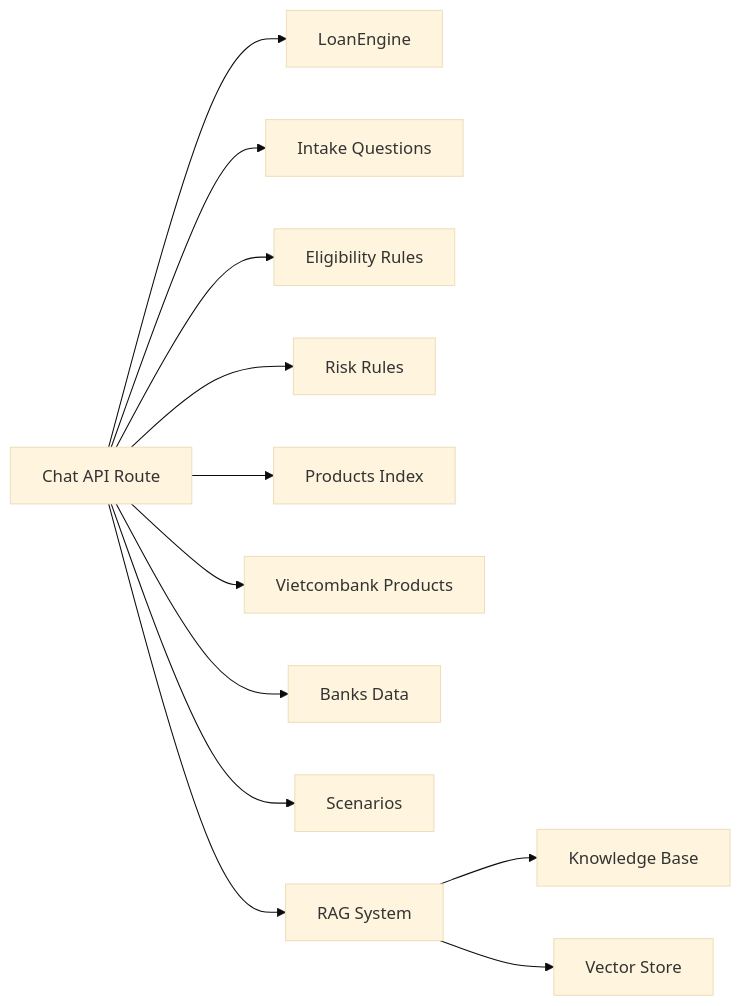
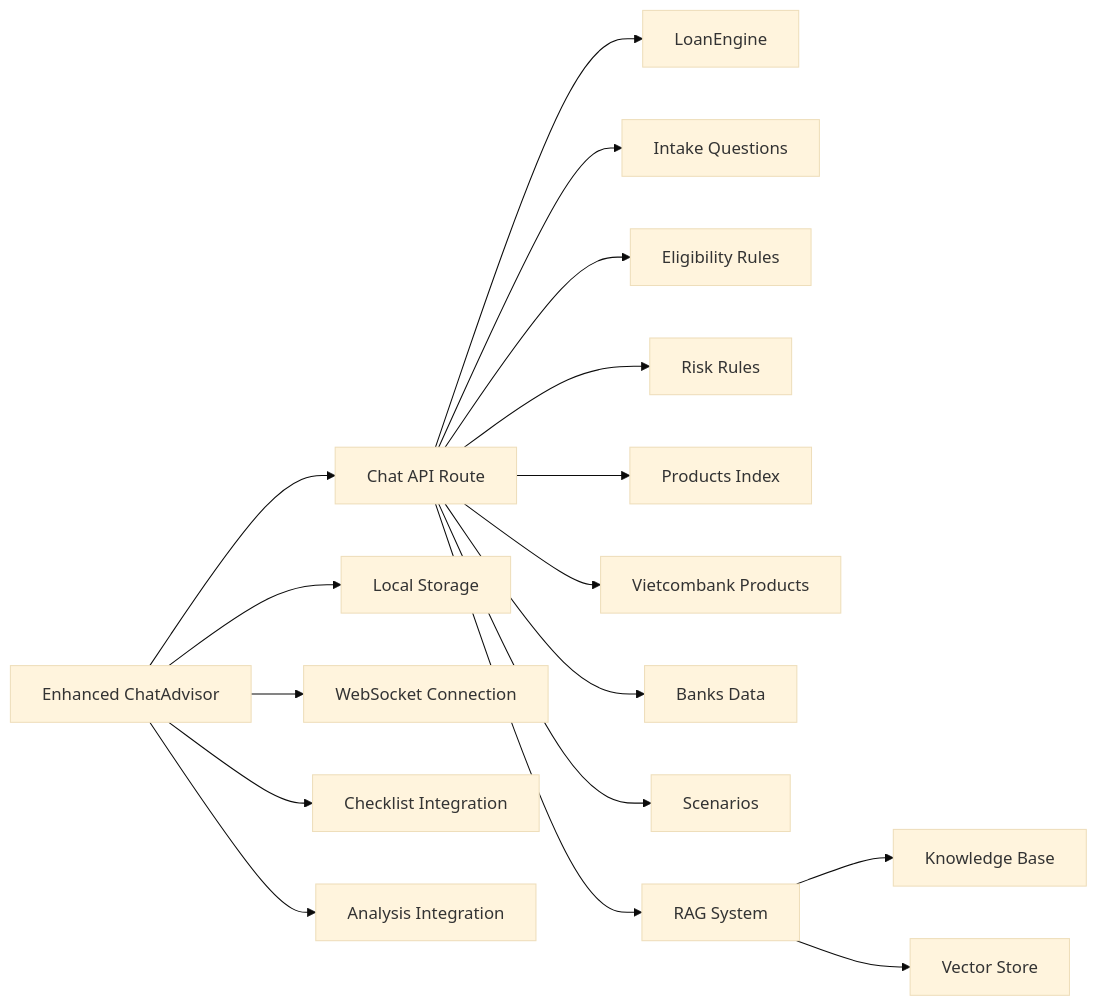
One commit to alibaba-hackathon-fsi/frontend-vaya changed the eighth of 8 diagrams in .qoder/repowiki/en/content/Chat Interface/Chat Interface.md. Above: the diagram before and after it, drawn with Mermaid (base theme). The commit also changed other lines of this file and 36 other files, not shown here.

````diff
--- a/.qoder/repowiki/en/content/Chat Interface/Chat Interface.md
+++ b/.qoder/repowiki/en/content/Chat Interface/Chat Interface.md
@@ -347,14 +444,19 @@
 ```mermaid
 graph LR
 ChatAPI["Chat API Route"] --> LoanEngine
 ChatAPI --> IntakeQ["Intake Questions"]
 ChatAPI --> Eligibility["Eligibility Rules"]
 ChatAPI --> RiskRules["Risk Rules"]
 ChatAPI --> Products["Products Index"]
 ChatAPI --> Vietcombank["Vietcombank Products"]
 ChatAPI --> Banks["Banks Data"]
 ChatAPI --> Scenarios["Scenarios"]
 ChatAPI --> RAGSystem["RAG System"]
 RAGSystem --> KnowledgeBase["Knowledge Base"]
 RAGSystem --> VectorStore["Vector Store"]
+EnhancedChatAdvisor["Enhanced ChatAdvisor"] --> ChatAPI
+EnhancedChatAdvisor --> LocalStorage["Local Storage"]
+EnhancedChatAdvisor --> WebSocket["WebSocket Connection"]
+EnhancedChatAdvisor --> ChecklistIntegration["Checklist Integration"]
+EnhancedChatAdvisor --> AnalysisIntegration["Analysis Integration"]
 ```
````
